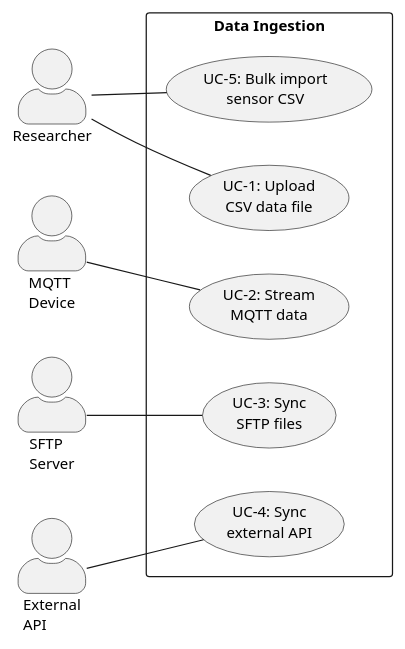
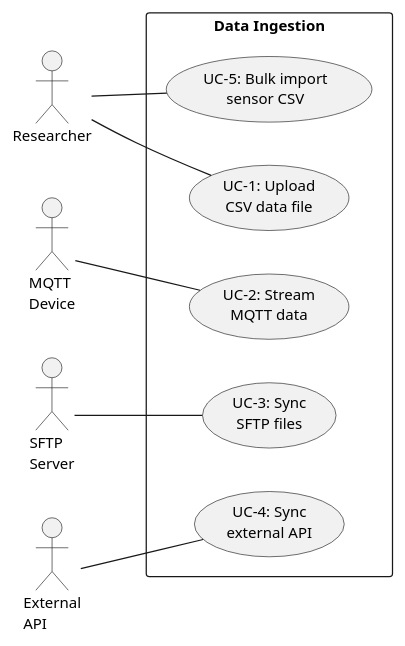
One commit to Siki-ux/hydro-text changed the diagram in dp-text/figures/uc-ingestion.puml. Above: the diagram before and after it, drawn with PlantUML. The commit also changed 14 other files, not shown here.

```diff
--- a/dp-text/figures/uc-ingestion.puml
+++ b/dp-text/figures/uc-ingestion.puml
@@ -1,26 +1,25 @@
 @startuml uc-ingestion
 left to right direction
-skinparam actorStyle awesome
 skinparam packageStyle rectangle
 skinparam shadowing false
 skinparam defaultFontSize 12
 
 actor Researcher as researcher
 actor "MQTT\nDevice" as device
 actor "SFTP\nServer" as sftp
 actor "External\nAPI" as extapi
 
 rectangle "Data Ingestion" {
   usecase "UC-1: Upload\nCSV data file" as UC1
   usecase "UC-2: Stream\nMQTT data" as UC2
   usecase "UC-3: Sync\nSFTP files" as UC3
   usecase "UC-4: Sync\nexternal API" as UC4
   usecase "UC-5: Bulk import\nsensor CSV" as UC5
 }
 
 researcher -- UC1
 researcher -- UC5
 device -- UC2
 sftp -- UC3
 extapi -- UC4
 @enduml
```
